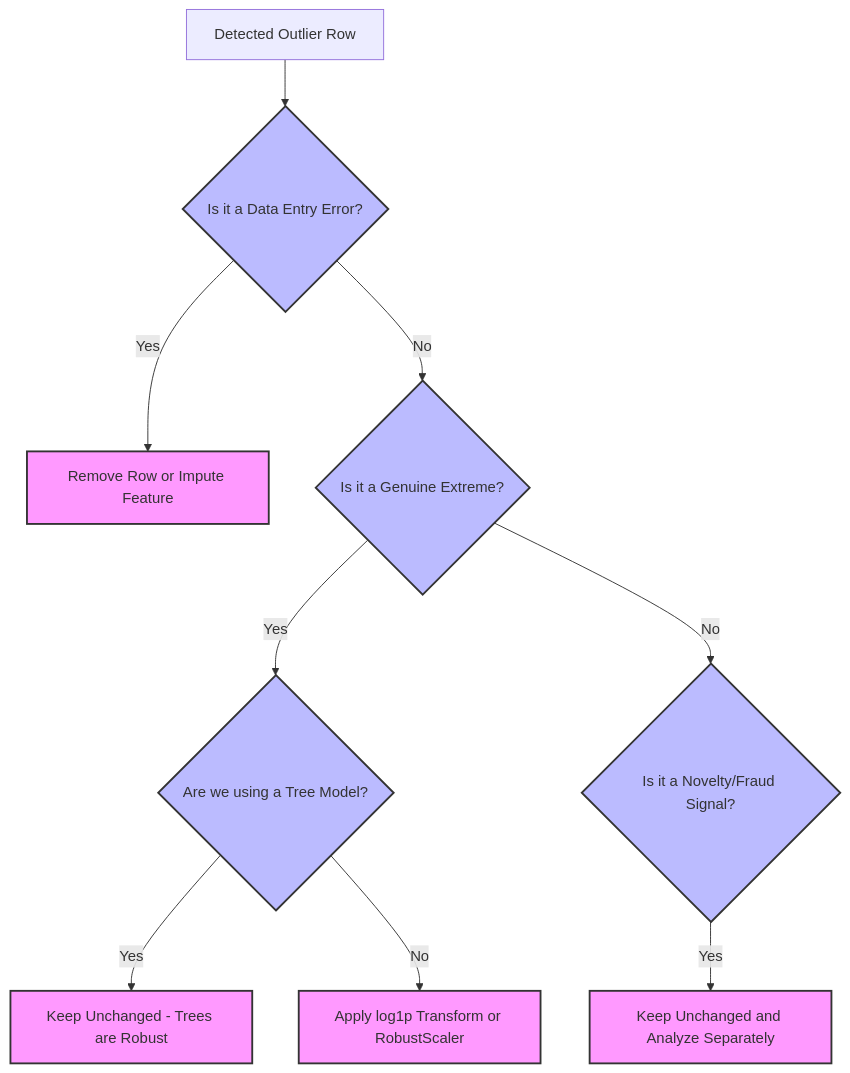
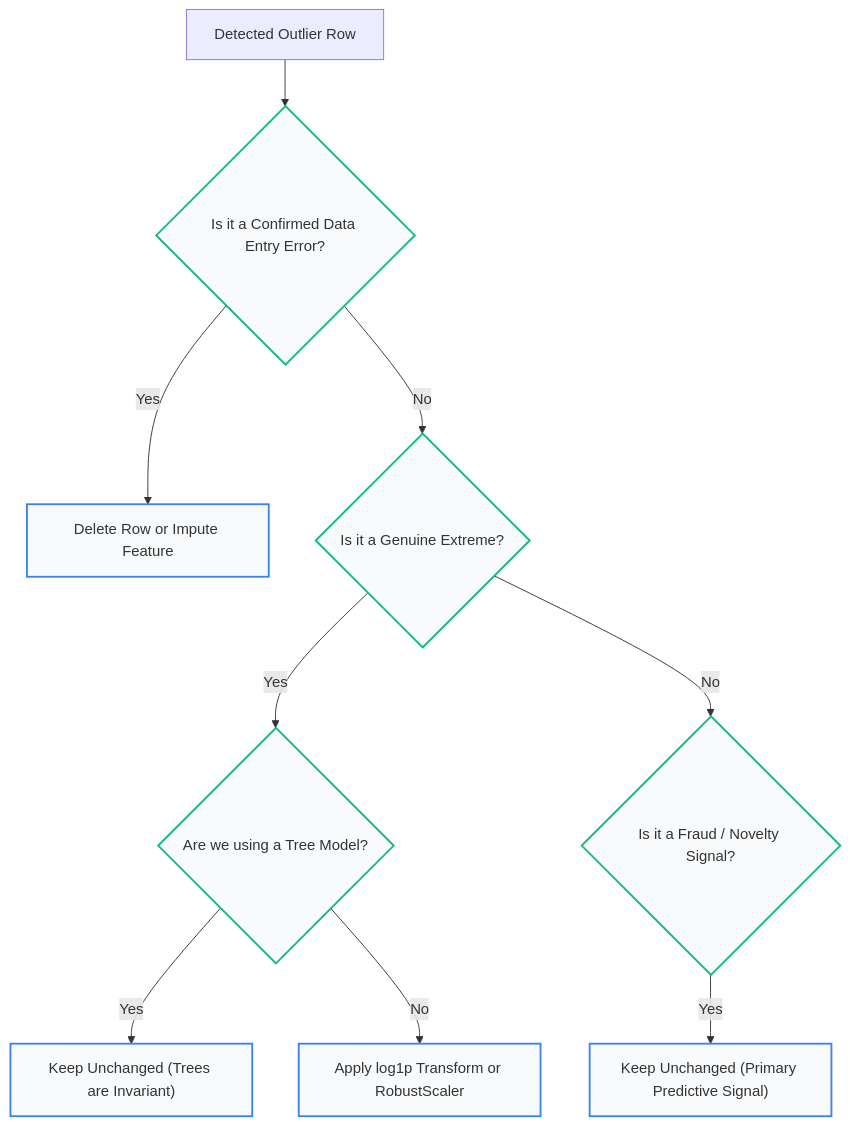
One commit to vettrivel-kl/vettrivel-kl.github.io changed the diagram in docs/Machine-Learning-Algorithms/02-data-preprocessing/05-outliers-and-feature-engineering.mdx. Above: the diagram before and after it, drawn with Mermaid. The commit also changed other lines of this file and 6 other files, not shown here.

````diff
--- a/docs/Machine-Learning-Algorithms/02-data-preprocessing/05-outliers-and-feature-engineering.mdx
+++ b/docs/Machine-Learning-Algorithms/02-data-preprocessing/05-outliers-and-feature-engineering.mdx
@@ -397,17 +432,17 @@
 ```mermaid
 graph TD
-    classDef step fill:#f9f,stroke:#333,stroke-width:2px;
-    classDef choice fill:#bbf,stroke:#333,stroke-width:2px;
-    
-    A[Detected Outlier Row] --> B{Is it a Data Entry Error?}
-    B -- Yes --> C[Remove Row or Impute Feature]
-    B -- No --> D{Is it a Genuine Extreme?}
-    D -- Yes --> E{Are we using a Tree Model?}
-    E -- Yes --> F[Keep Unchanged - Trees are Robust]
-    E -- No --> G[Apply log1p Transform or RobustScaler]
-    D -- No --> H{Is it a Novelty/Fraud Signal?}
-    H -- Yes --> I[Keep Unchanged and Analyze Separately]
-    
+    classDef step fill:#f8fafc,stroke:#3b82f6,stroke-width:2px;
+    classDef choice fill:#f8fafc,stroke:#10b981,stroke-width:2px;
+
+    A["Detected Outlier Row"] --> B{"Is it a Confirmed Data Entry Error?"}
+    B -- "Yes" --> C["Delete Row or Impute Feature"]
+    B -- "No" --> D{"Is it a Genuine Extreme?"}
+    D -- "Yes" --> E{"Are we using a Tree Model?"}
+    E -- "Yes" --> F["Keep Unchanged (Trees are Invariant)"]
+    E -- "No" --> G["Apply log1p Transform or RobustScaler"]
+    D -- "No" --> H{"Is it a Fraud / Novelty Signal?"}
+    H -- "Yes" --> I["Keep Unchanged (Primary Predictive Signal)"]
+
     class B,D,E,H choice;
     class C,F,G,I step;
 ```
````
